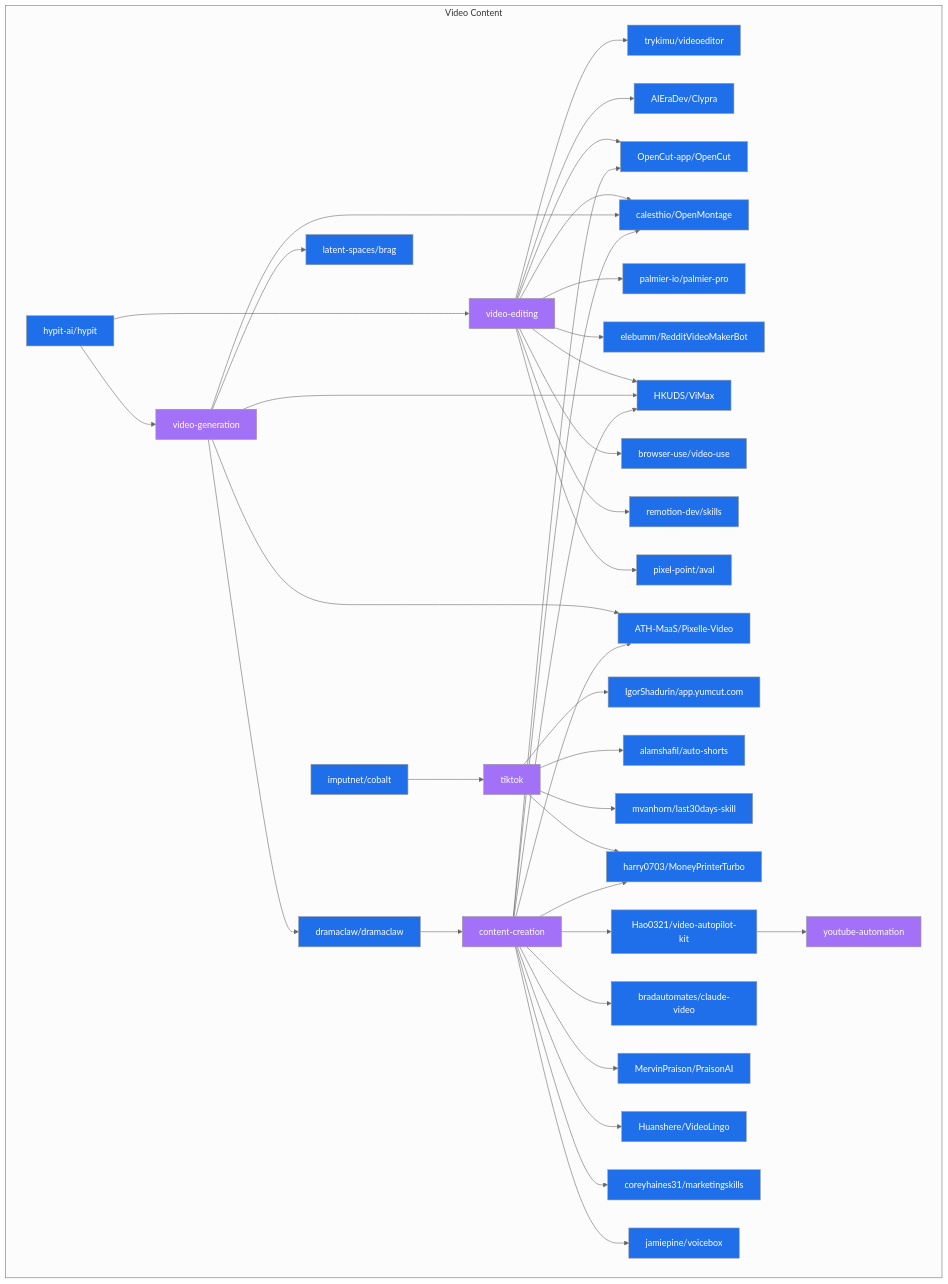
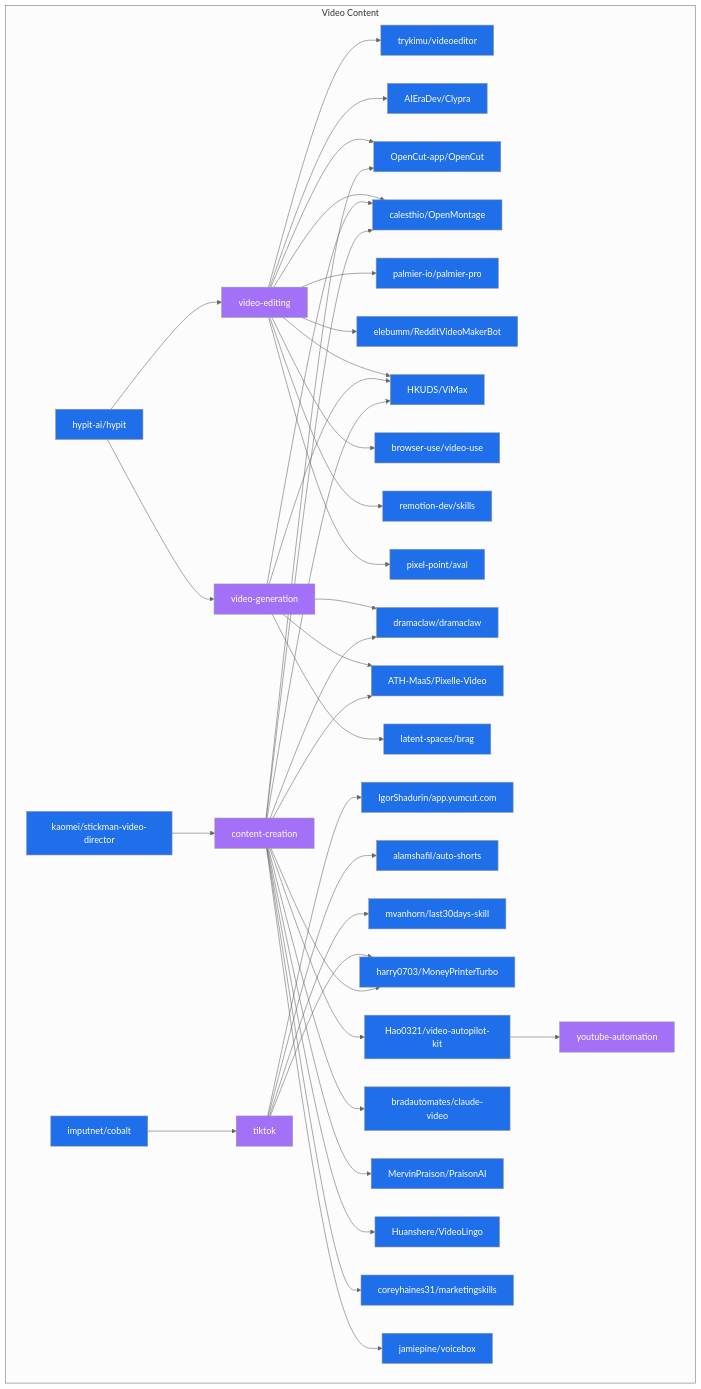
One commit to Meru143/star-graph changed the diagram in data/star_graph_video_content.mermaid. Above: the diagram before and after it, drawn with Mermaid (neutral theme). The commit also changed 15 other files, not shown here.

Commit message:
chore: weekly star graph update 2026-10-19

```diff
--- a/data/star_graph_video_content.mermaid
+++ b/data/star_graph_video_content.mermaid
@@ -1,73 +1,75 @@
 graph TD
   subgraph video_content ["Video Content"]
     video_editing["video-editing"]:::topic
+    calesthio_OpenMontage["calesthio/OpenMontage"]:::repo
+    elebumm_RedditVideoMakerBot["elebumm/RedditVideoMakerBot"]:::repo
+    video_generation["video-generation"]:::topic
+    tiktok["tiktok"]:::topic
+    content_creation["content-creation"]:::topic
+    harry0703_MoneyPrinterTurbo["harry0703/MoneyPrinterTurbo"]:::repo
+    browser_use_video_use["browser-use/video-use"]:::repo
+    trykimu_videoeditor["trykimu/videoeditor"]:::repo
+    dramaclaw_dramaclaw["dramaclaw/dramaclaw"]:::repo
+    HKUDS_ViMax["HKUDS/ViMax"]:::repo
+    MervinPraison_PraisonAI["MervinPraison/PraisonAI"]:::repo
+    Hao0321_video_autopilot_kit["Hao0321/video-autopilot-kit"]:::repo
+    kaomei_stickman_video_director["kaomei/stickman-video-director"]:::repo
+    Huanshere_VideoLingo["Huanshere/VideoLingo"]:::repo
+    jamiepine_voicebox["jamiepine/voicebox"]:::repo
+    bradautomates_claude_video["bradautomates/claude-video"]:::repo
+    OpenCut_app_OpenCut["OpenCut-app/OpenCut"]:::repo
+    mvanhorn_last30days_skill["mvanhorn/last30days-skill"]:::repo
     palmier_io_palmier_pro["palmier-io/palmier-pro"]:::repo
-    video_generation["video-generation"]:::topic
-    OpenCut_app_OpenCut["OpenCut-app/OpenCut"]:::repo
-    browser_use_video_use["browser-use/video-use"]:::repo
+    hypit_ai_hypit["hypit-ai/hypit"]:::repo
+    youtube_automation["youtube-automation"]:::topic
+    ATH_MaaS_Pixelle_Video["ATH-MaaS/Pixelle-Video"]:::repo
     pixel_point_aval["pixel-point/aval"]:::repo
-    trykimu_videoeditor["trykimu/videoeditor"]:::repo
-    jamiepine_voicebox["jamiepine/voicebox"]:::repo
-    mvanhorn_last30days_skill["mvanhorn/last30days-skill"]:::repo
-    MervinPraison_PraisonAI["MervinPraison/PraisonAI"]:::repo
-    elebumm_RedditVideoMakerBot["elebumm/RedditVideoMakerBot"]:::repo
+    alamshafil_auto_shorts["alamshafil/auto-shorts"]:::repo
+    imputnet_cobalt["imputnet/cobalt"]:::repo
+    AIEraDev_Clypra["AIEraDev/Clypra"]:::repo
+    remotion_dev_skills["remotion-dev/skills"]:::repo
+    coreyhaines31_marketingskills["coreyhaines31/marketingskills"]:::repo
     latent_spaces_brag["latent-spaces/brag"]:::repo
-    youtube_automation["youtube-automation"]:::topic
-    tiktok["tiktok"]:::topic
-    harry0703_MoneyPrinterTurbo["harry0703/MoneyPrinterTurbo"]:::repo
-    dramaclaw_dramaclaw["dramaclaw/dramaclaw"]:::repo
-    hypit_ai_hypit["hypit-ai/hypit"]:::repo
-    remotion_dev_skills["remotion-dev/skills"]:::repo
-    content_creation["content-creation"]:::topic
-    coreyhaines31_marketingskills["coreyhaines31/marketingskills"]:::repo
-    AIEraDev_Clypra["AIEraDev/Clypra"]:::repo
-    HKUDS_ViMax["HKUDS/ViMax"]:::repo
-    bradautomates_claude_video["bradautomates/claude-video"]:::repo
-    ATH_MaaS_Pixelle_Video["ATH-MaaS/Pixelle-Video"]:::repo
     IgorShadurin_app_yumcut_com["IgorShadurin/app.yumcut.com"]:::repo
-    Hao0321_video_autopilot_kit["Hao0321/video-autopilot-kit"]:::repo
-    alamshafil_auto_shorts["alamshafil/auto-shorts"]:::repo
-    Huanshere_VideoLingo["Huanshere/VideoLingo"]:::repo
-    imputnet_cobalt["imputnet/cobalt"]:::repo
-    calesthio_OpenMontage["calesthio/OpenMontage"]:::repo
   end
   hypit_ai_hypit --> video_editing
   hypit_ai_hypit --> video_generation
   video_editing --> trykimu_videoeditor
   video_editing --> AIEraDev_Clypra
   video_editing --> OpenCut_app_OpenCut
   video_editing --> calesthio_OpenMontage
   video_editing --> palmier_io_palmier_pro
   video_editing --> elebumm_RedditVideoMakerBot
   video_editing --> HKUDS_ViMax
   video_editing --> browser_use_video_use
   video_editing --> remotion_dev_skills
   video_editing --> pixel_point_aval
   video_generation --> dramaclaw_dramaclaw
   video_generation --> ATH_MaaS_Pixelle_Video
   video_generation --> calesthio_OpenMontage
   video_generation --> latent_spaces_brag
   video_generation --> HKUDS_ViMax
   imputnet_cobalt --> tiktok
   tiktok --> IgorShadurin_app_yumcut_com
   tiktok --> alamshafil_auto_shorts
   tiktok --> mvanhorn_last30days_skill
   tiktok --> harry0703_MoneyPrinterTurbo
-  dramaclaw_dramaclaw --> content_creation
+  kaomei_stickman_video_director --> content_creation
+  content_creation --> dramaclaw_dramaclaw
   content_creation --> Hao0321_video_autopilot_kit
   content_creation --> harry0703_MoneyPrinterTurbo
   content_creation --> OpenCut_app_OpenCut
   content_creation --> bradautomates_claude_video
   content_creation --> ATH_MaaS_Pixelle_Video
   content_creation --> calesthio_OpenMontage
   content_creation --> HKUDS_ViMax
   content_creation --> MervinPraison_PraisonAI
   content_creation --> Huanshere_VideoLingo
   content_creation --> coreyhaines31_marketingskills
   content_creation --> jamiepine_voicebox
   Hao0321_video_autopilot_kit --> youtube_automation
   classDef repo fill:#1f6feb,color:#fff;
   classDef topic fill:#a371f7,color:#fff;
   classDef technology fill:#3fb950,color:#fff;
   classDef use_case fill:#d29922,color:#fff;
   classDef architecture fill:#f85149,color:#fff;
```
